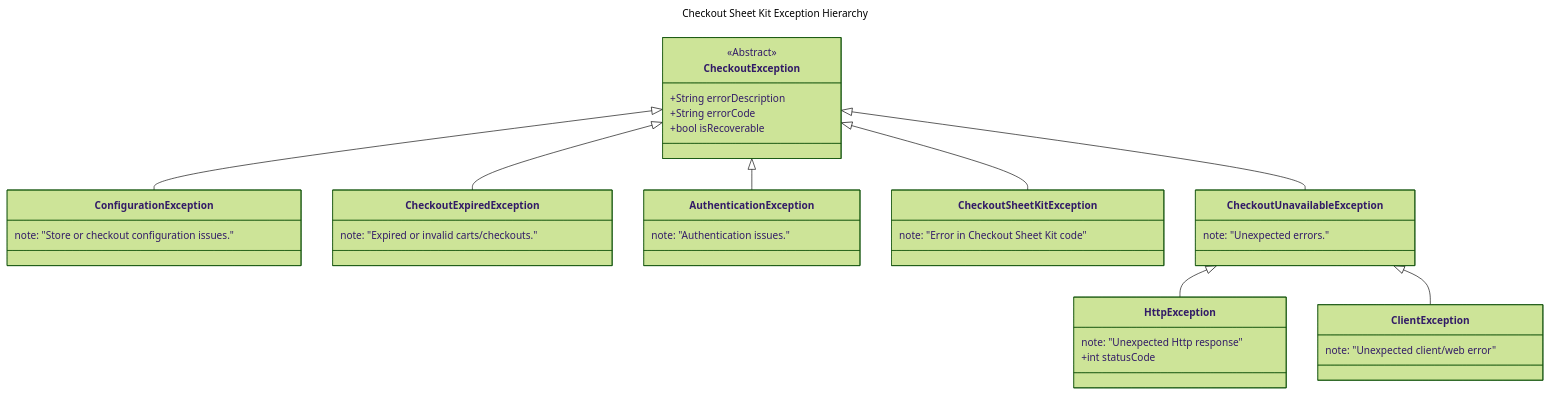
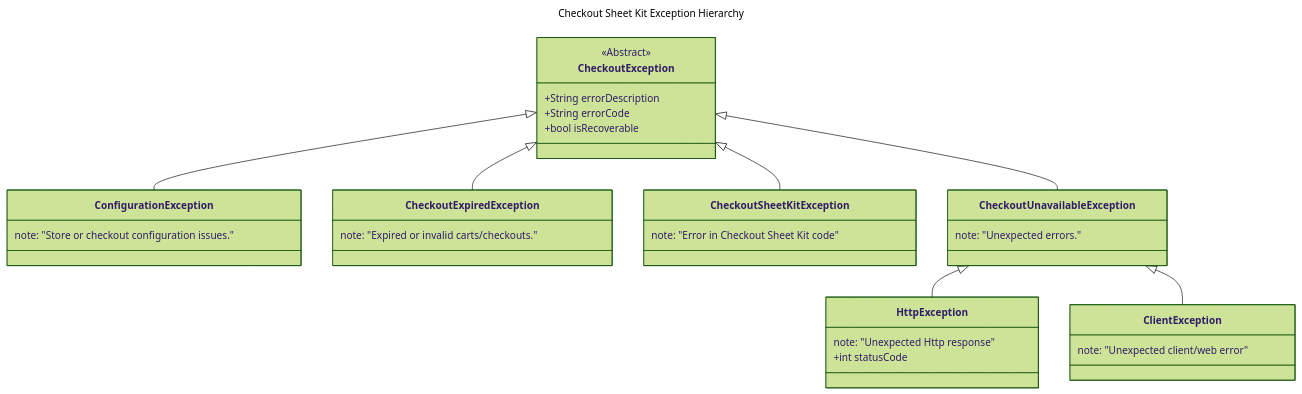
Before and after one commit to Shopify/checkout-sheet-kit-android: the diagram in README.md, drawn with Mermaid (forest theme). The commit also changed 3 other files, not shown here.

````diff
--- a/README.md
+++ b/README.md
@@ -262,41 +315,37 @@
 ```mermaid
 ---
 title: Checkout Sheet Kit Exception Hierarchy
 ---
 classDiagram
     CheckoutException <|-- ConfigurationException
     CheckoutException <|-- CheckoutExpiredException
-    CheckoutException <|-- AuthenticationException
     CheckoutException <|-- CheckoutSheetKitException
     CheckoutException <|-- CheckoutUnavailableException
     CheckoutUnavailableException <|-- HttpException
     CheckoutUnavailableException <|-- ClientException
 
     <<Abstract>> CheckoutException
     CheckoutException : +String errorDescription
     CheckoutException : +String errorCode
     CheckoutException : +bool isRecoverable
 
     class ConfigurationException{
         note: "Store or checkout configuration issues."
     }
     class CheckoutExpiredException{
         note: "Expired or invalid carts/checkouts."
     }
-    class AuthenticationException{
-        note: "Authentication issues."
-    }
     class CheckoutUnavailableException{
         note: "Unexpected errors."
     }
     class HttpException{
         note: "Unexpected Http response"
         +int statusCode
     }
     class ClientException{
         note: "Unexpected client/web error"
     }
     class CheckoutSheetKitException{
         note: "Error in Checkout Sheet Kit code"
     }
 ```
````
